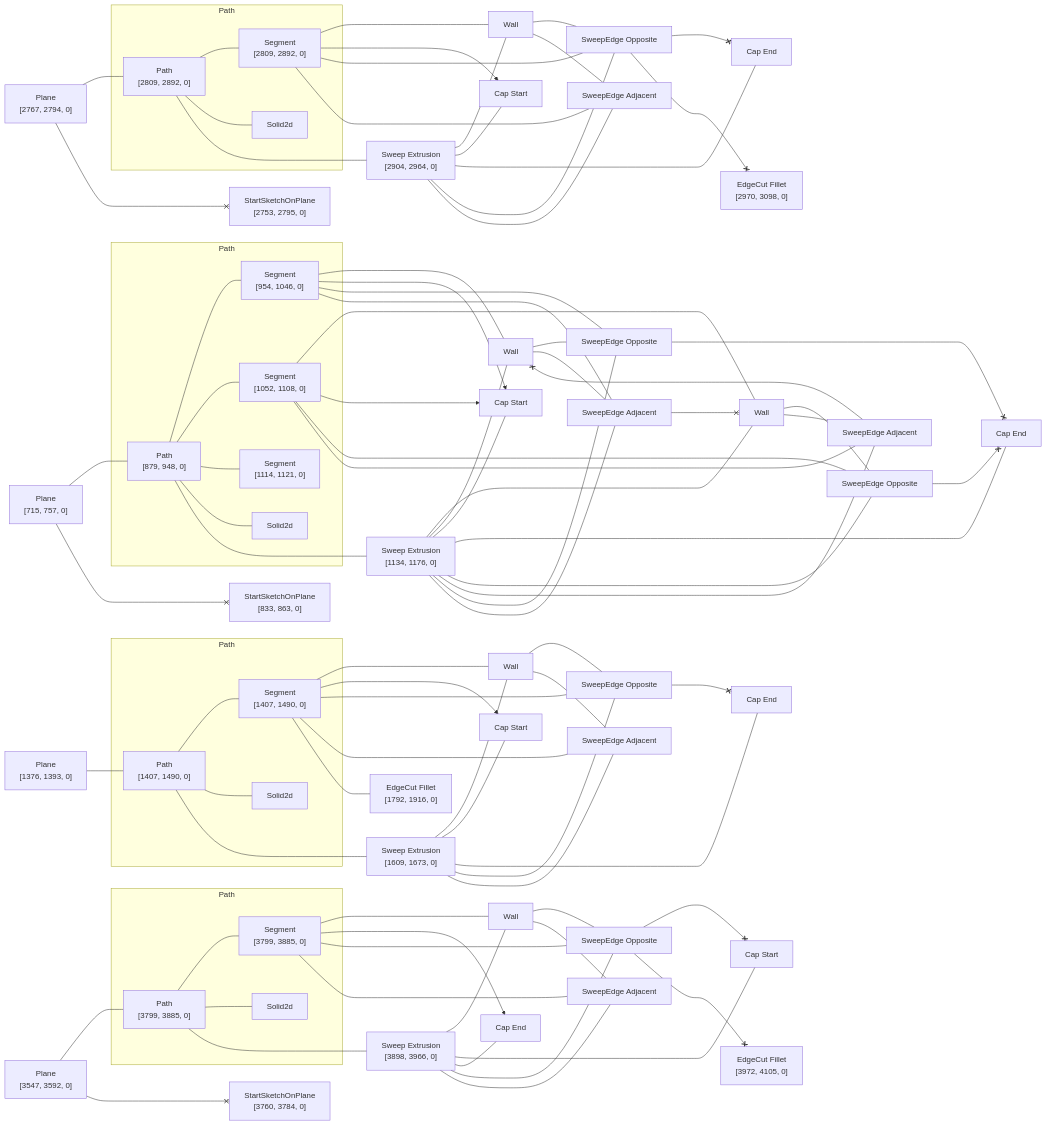
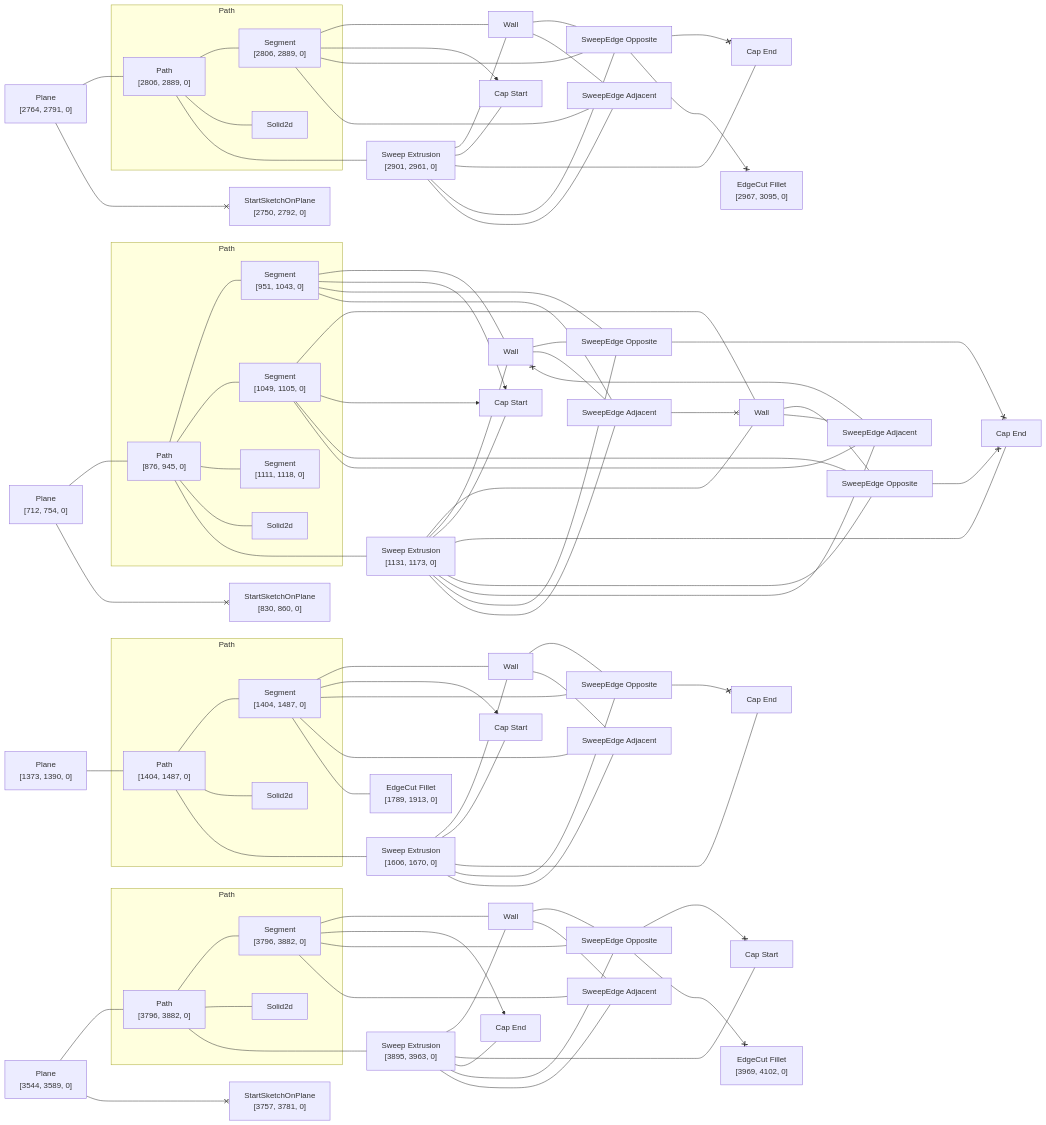
Before and after one commit to KittyCAD/modeling-app: the diagram in rust/kcl-lib/tests/kcl_samples/bench-for-kids/artifact_graph_flowchart.snap.md, drawn with Mermaid. The commit also changed 24 other files, not shown here.

````diff
--- a/rust/kcl-lib/tests/kcl_samples/bench-for-kids/artifact_graph_flowchart.snap.md
+++ b/rust/kcl-lib/tests/kcl_samples/bench-for-kids/artifact_graph_flowchart.snap.md
@@ -1,40 +1,40 @@
 ```mermaid
 flowchart LR
   subgraph path2 [Path]
-    2["Path<br>[879, 948, 0]"]
+    2["Path<br>[876, 945, 0]"]
       %% [ProgramBodyItem { index: 7 }, VariableDeclarationDeclaration, VariableDeclarationInit, PipeBodyItem { index: 0 }]
-    3["Segment<br>[954, 1046, 0]"]
+    3["Segment<br>[951, 1043, 0]"]
       %% [ProgramBodyItem { index: 7 }, VariableDeclarationDeclaration, VariableDeclarationInit, PipeBodyItem { index: 1 }]
-    4["Segment<br>[1052, 1108, 0]"]
+    4["Segment<br>[1049, 1105, 0]"]
       %% [ProgramBodyItem { index: 7 }, VariableDeclarationDeclaration, VariableDeclarationInit, PipeBodyItem { index: 2 }]
-    5["Segment<br>[1114, 1121, 0]"]
+    5["Segment<br>[1111, 1118, 0]"]
       %% [ProgramBodyItem { index: 7 }, VariableDeclarationDeclaration, VariableDeclarationInit, PipeBodyItem { index: 3 }]
     6[Solid2d]
   end
   subgraph path17 [Path]
-    17["Path<br>[1407, 1490, 0]"]
+    17["Path<br>[1404, 1487, 0]"]
       %% [ProgramBodyItem { index: 11 }, VariableDeclarationDeclaration, VariableDeclarationInit]
-    18["Segment<br>[1407, 1490, 0]"]
+    18["Segment<br>[1404, 1487, 0]"]
       %% [ProgramBodyItem { index: 11 }, VariableDeclarationDeclaration, VariableDeclarationInit]
     19[Solid2d]
   end
   subgraph path28 [Path]
-    28["Path<br>[2809, 2892, 0]"]
+    28["Path<br>[2806, 2889, 0]"]
       %% [ProgramBodyItem { index: 28 }, VariableDeclarationDeclaration, VariableDeclarationInit]
-    29["Segment<br>[2809, 2892, 0]"]
+    29["Segment<br>[2806, 2889, 0]"]
       %% [ProgramBodyItem { index: 28 }, VariableDeclarationDeclaration, VariableDeclarationInit]
     30[Solid2d]
   end
   subgraph path39 [Path]
-    39["Path<br>[3799, 3885, 0]"]
+    39["Path<br>[3796, 3882, 0]"]
       %% [ProgramBodyItem { index: 37 }, VariableDeclarationDeclaration, VariableDeclarationInit]
-    40["Segment<br>[3799, 3885, 0]"]
+    40["Segment<br>[3796, 3882, 0]"]
       %% [ProgramBodyItem { index: 37 }, VariableDeclarationDeclaration, VariableDeclarationInit]
     41[Solid2d]
   end
-  1["Plane<br>[715, 757, 0]"]
+  1["Plane<br>[712, 754, 0]"]
     %% [ProgramBodyItem { index: 5 }, VariableDeclarationDeclaration, VariableDeclarationInit]
-  7["Sweep Extrusion<br>[1134, 1176, 0]"]
+  7["Sweep Extrusion<br>[1131, 1173, 0]"]
     %% [ProgramBodyItem { index: 8 }, VariableDeclarationDeclaration, VariableDeclarationInit]
   8[Wall]
     %% face_code_ref=Missing NodePath
@@ -48,9 +48,9 @@
   13["SweepEdge Adjacent"]
   14["SweepEdge Opposite"]
   15["SweepEdge Adjacent"]
-  16["Plane<br>[1376, 1393, 0]"]
+  16["Plane<br>[1373, 1390, 0]"]
     %% [ProgramBodyItem { index: 10 }, VariableDeclarationDeclaration, VariableDeclarationInit]
-  20["Sweep Extrusion<br>[1609, 1673, 0]"]
+  20["Sweep Extrusion<br>[1606, 1670, 0]"]
     %% [ProgramBodyItem { index: 13 }, VariableDeclarationDeclaration, VariableDeclarationInit]
   21[Wall]
     %% face_code_ref=Missing NodePath
@@ -60,11 +60,11 @@
     %% face_code_ref=Missing NodePath
   24["SweepEdge Opposite"]
   25["SweepEdge Adjacent"]
-  26["EdgeCut Fillet<br>[1792, 1916, 0]"]
+  26["EdgeCut Fillet<br>[1789, 1913, 0]"]
     %% [ProgramBodyItem { index: 15 }, VariableDeclarationDeclaration, VariableDeclarationInit]
-  27["Plane<br>[2767, 2794, 0]"]
+  27["Plane<br>[2764, 2791, 0]"]
     %% [ProgramBodyItem { index: 27 }, VariableDeclarationDeclaration, VariableDeclarationInit, CallKwUnlabeledArg]
-  31["Sweep Extrusion<br>[2904, 2964, 0]"]
+  31["Sweep Extrusion<br>[2901, 2961, 0]"]
     %% [ProgramBodyItem { index: 29 }, VariableDeclarationDeclaration, VariableDeclarationInit, PipeBodyItem { index: 0 }]
   32[Wall]
     %% face_code_ref=Missing NodePath
@@ -74,11 +74,11 @@
     %% face_code_ref=Missing NodePath
   35["SweepEdge Opposite"]
   36["SweepEdge Adjacent"]
-  37["EdgeCut Fillet<br>[2970, 3098, 0]"]
+  37["EdgeCut Fillet<br>[2967, 3095, 0]"]
     %% [ProgramBodyItem { index: 29 }, VariableDeclarationDeclaration, VariableDeclarationInit, PipeBodyItem { index: 1 }]
-  38["Plane<br>[3547, 3592, 0]"]
+  38["Plane<br>[3544, 3589, 0]"]
     %% [ProgramBodyItem { index: 31 }, VariableDeclarationDeclaration, VariableDeclarationInit]
-  42["Sweep Extrusion<br>[3898, 3966, 0]"]
+  42["Sweep Extrusion<br>[3895, 3963, 0]"]
     %% [ProgramBodyItem { index: 38 }, VariableDeclarationDeclaration, VariableDeclarationInit, PipeBodyItem { index: 0 }]
   43[Wall]
     %% face_code_ref=Missing NodePath
@@ -88,13 +88,13 @@
     %% face_code_ref=Missing NodePath
   46["SweepEdge Opposite"]
   47["SweepEdge Adjacent"]
-  48["EdgeCut Fillet<br>[3972, 4105, 0]"]
+  48["EdgeCut Fillet<br>[3969, 4102, 0]"]
     %% [ProgramBodyItem { index: 38 }, VariableDeclarationDeclaration, VariableDeclarationInit, PipeBodyItem { index: 1 }]
-  49["StartSketchOnPlane<br>[833, 863, 0]"]
+  49["StartSketchOnPlane<br>[830, 860, 0]"]
     %% [ProgramBodyItem { index: 6 }, VariableDeclarationDeclaration, VariableDeclarationInit]
-  50["StartSketchOnPlane<br>[2753, 2795, 0]"]
+  50["StartSketchOnPlane<br>[2750, 2792, 0]"]
     %% [ProgramBodyItem { index: 27 }, VariableDeclarationDeclaration, VariableDeclarationInit]
-  51["StartSketchOnPlane<br>[3760, 3784, 0]"]
+  51["StartSketchOnPlane<br>[3757, 3781, 0]"]
     %% [ProgramBodyItem { index: 36 }, VariableDeclarationDeclaration, VariableDeclarationInit]
   1 --- 2
   1 <--x 49
````
